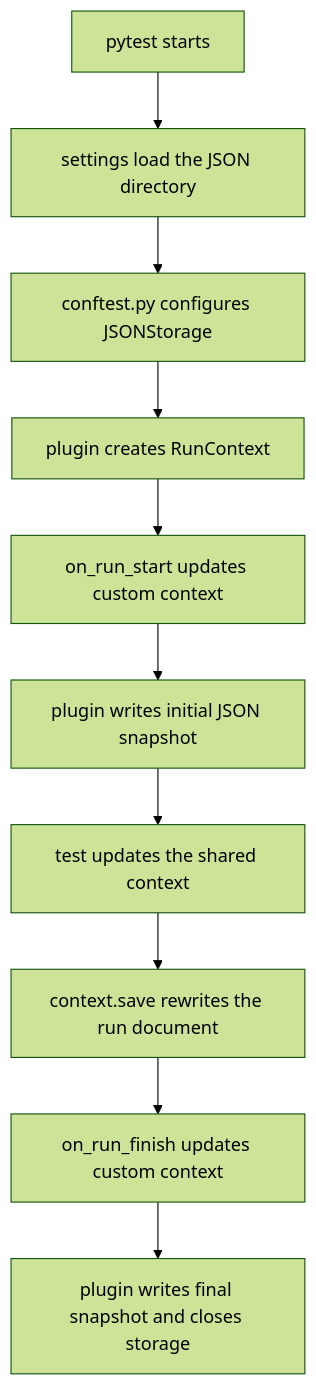
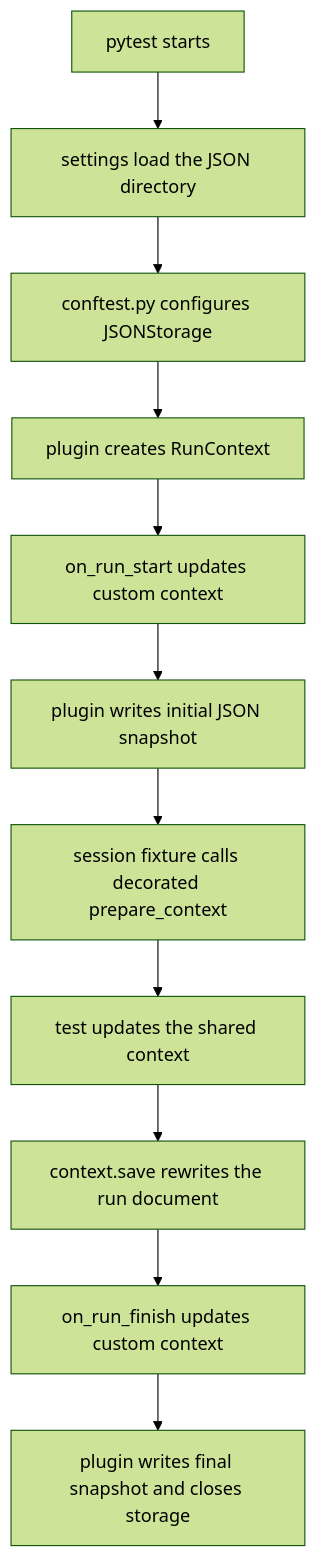
Before and after one commit to fomenko-ai/pytest-run-context: the diagram in examples/json_storage/README.md, drawn with Mermaid (forest theme). The commit also changed 35 other files, not shown here.

````diff
--- a/examples/json_storage/README.md
+++ b/examples/json_storage/README.md
@@ -9,12 +9,13 @@
 ```mermaid
 flowchart TD
     A[pytest starts] --> B[settings load the JSON directory]
     B --> C[conftest.py configures JSONStorage]
     C --> D[plugin creates RunContext]
     D --> E[on_run_start updates custom context]
     E --> F[plugin writes initial JSON snapshot]
-    F --> G[test updates the shared context]
+    F --> P[session fixture calls decorated prepare_context]
+    P --> G[test updates the shared context]
     G --> H[context.save rewrites the run document]
     H --> I[on_run_finish updates custom context]
     I --> J[plugin writes final snapshot and closes storage]
 ```
````
